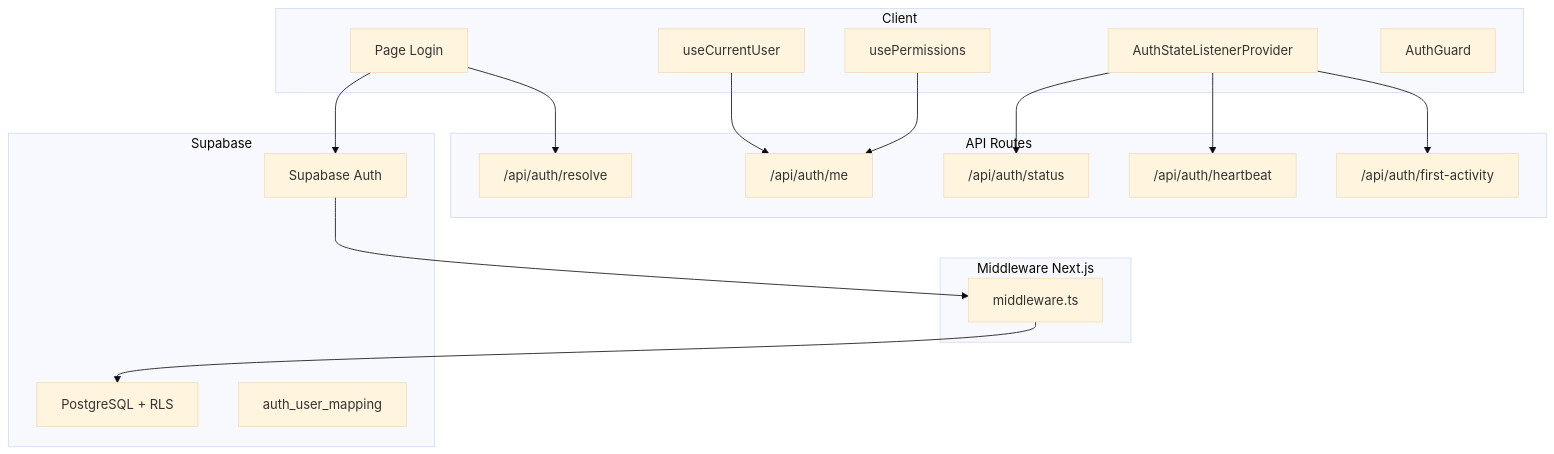
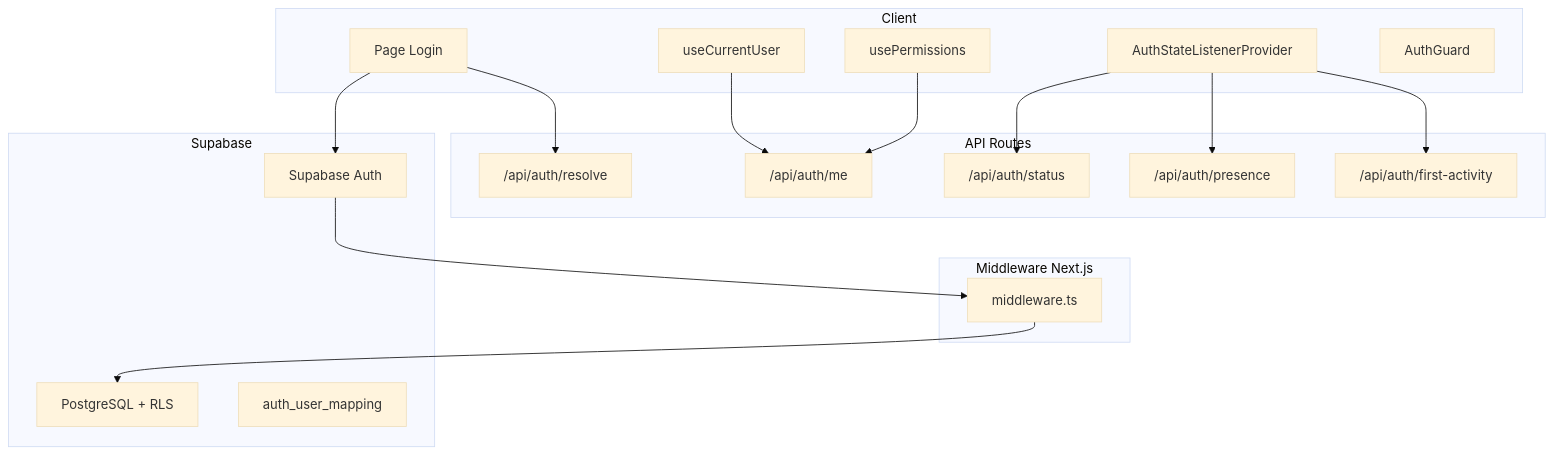
Before and after one commit to gmbsfactory/gmbs-crm: the first of 8 diagrams in docs/architecture/auth-and-security.md, drawn with Mermaid (base theme). The commit also changed other lines of this file and 44 other files, not shown here.

````diff
--- a/docs/architecture/auth-and-security.md
+++ b/docs/architecture/auth-and-security.md
@@ -9,38 +9,38 @@
 ```mermaid
 graph TB
     subgraph "Client"
         A[Page Login]
         B[AuthStateListenerProvider]
         C[useCurrentUser]
         D[usePermissions]
         E[AuthGuard]
     end
 
     subgraph "Middleware Next.js"
         F[middleware.ts]
     end
 
     subgraph "API Routes"
         G["/api/auth/resolve"]
         I["/api/auth/me"]
         J["/api/auth/status"]
-        K["/api/auth/heartbeat"]
+        K["/api/auth/presence"]
         L["/api/auth/first-activity"]
     end
 
     subgraph "Supabase"
         M[Supabase Auth]
         N[PostgreSQL + RLS]
         O[auth_user_mapping]
     end
 
     A --> G
     A --> M
     M --> F
     F --> N
     C --> I
     D --> I
     B --> K
     B --> J
     B --> L
 ```
````
